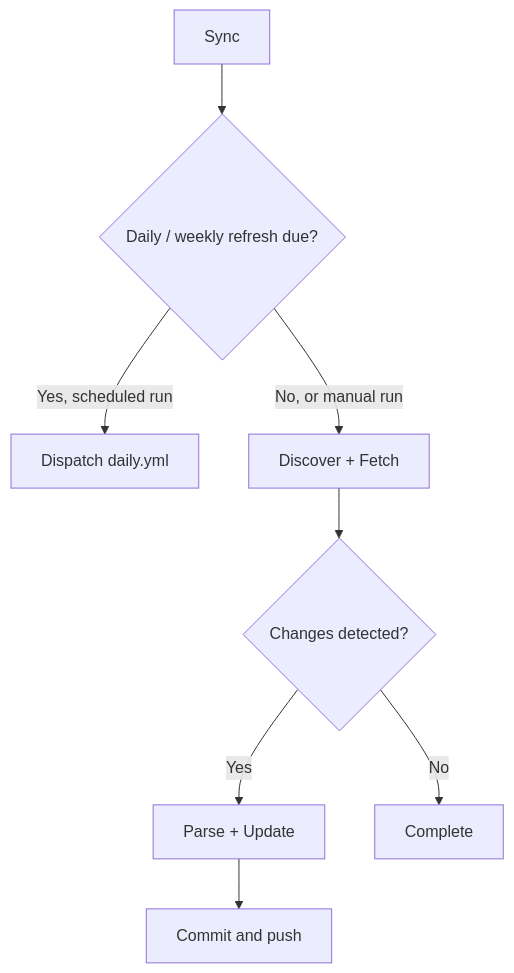
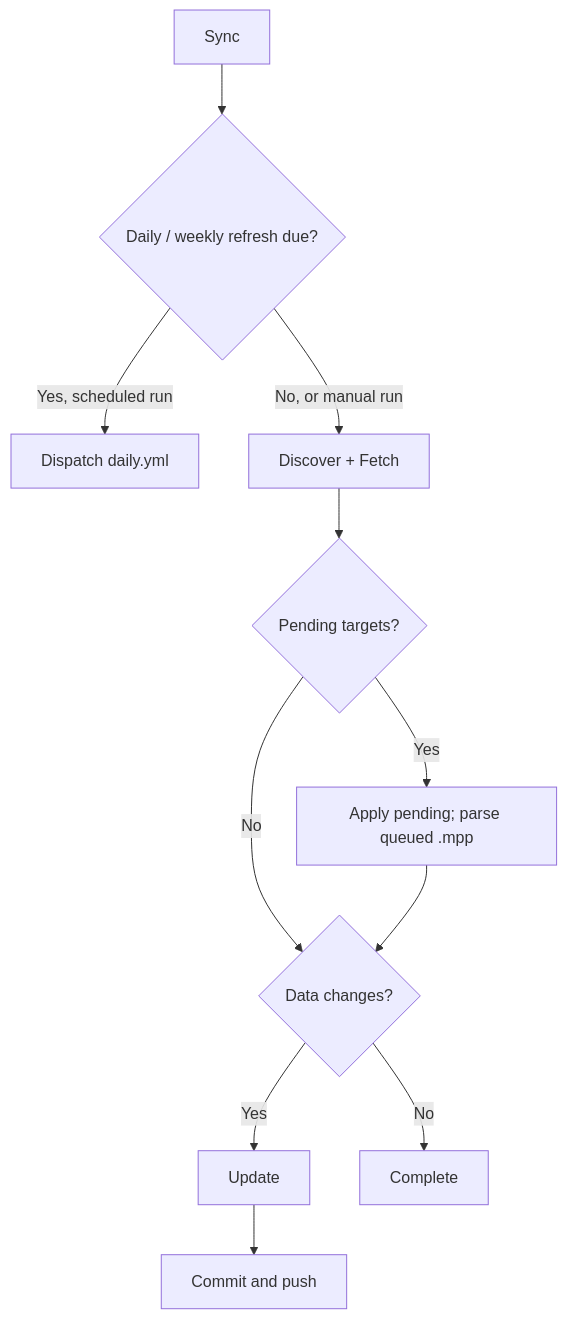
Before and after one commit to nvbangg/awesome-morphe: the first of 3 diagrams in CONTRIBUTING.md, drawn with Mermaid. The commit also changed other lines of this file and 6 other files, not shown here.

````diff
--- a/CONTRIBUTING.md
+++ b/CONTRIBUTING.md
@@ -29,10 +29,13 @@
 ```mermaid
 flowchart TD
     A["Sync"] --> B{"Daily / weekly refresh due?"}
     B -->|Yes, scheduled run| C["Dispatch daily.yml"]
     B -->|No, or manual run| D["Discover + Fetch"]
-    D --> E{"Changes detected?"}
-    E -->|Yes| F["Parse + Update"]
-    F --> G["Commit and push"]
-    E -->|No| H[Complete]
+    D --> E{"Pending targets?"}
+    E -->|Yes| F["Apply pending; parse queued .mpp"]
+    E -->|No| G{"Data changes?"}
+    F --> G
+    G -->|Yes| H["Update"]
+    H --> I["Commit and push"]
+    G -->|No| J[Complete]
 ```
````
